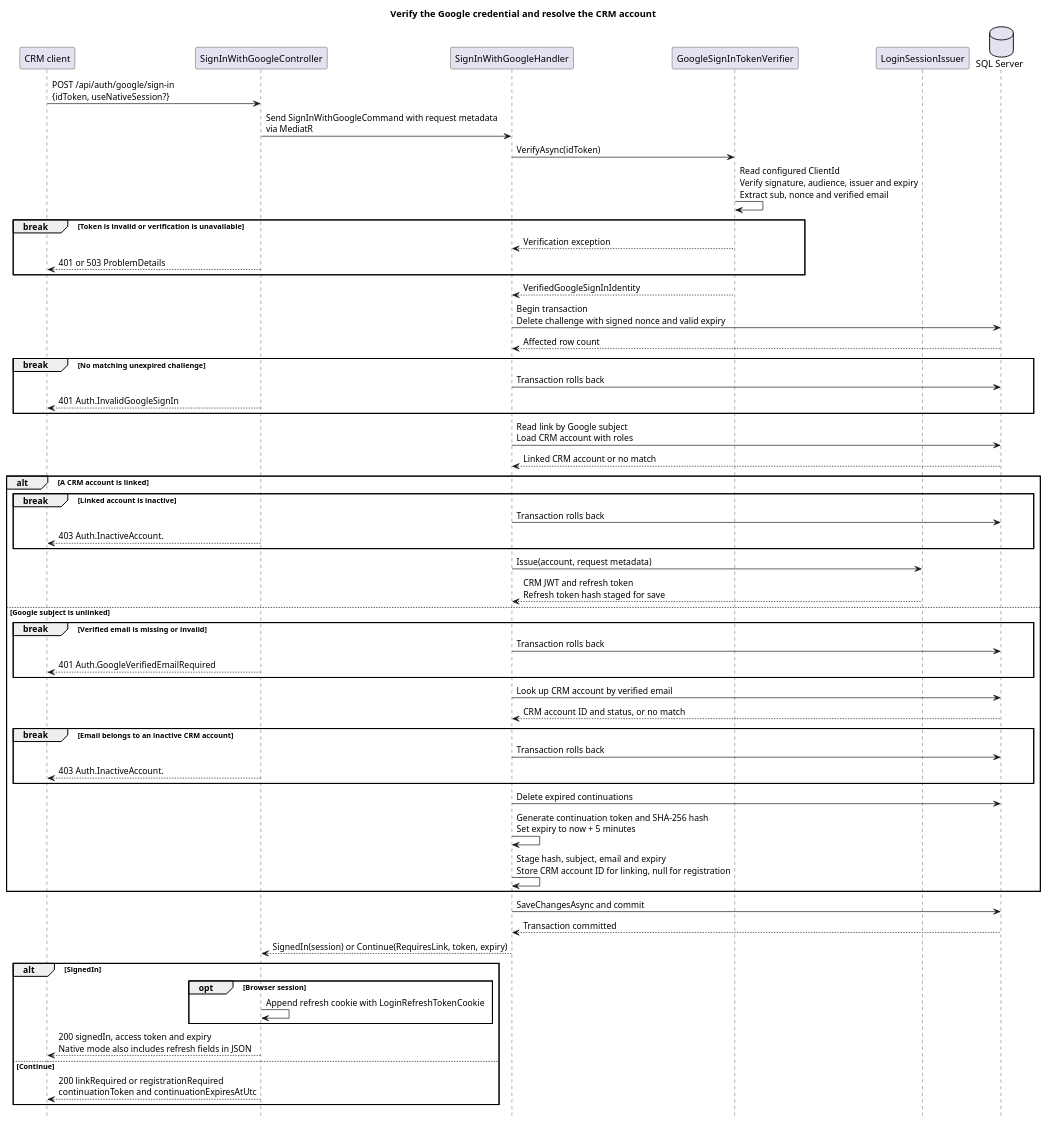
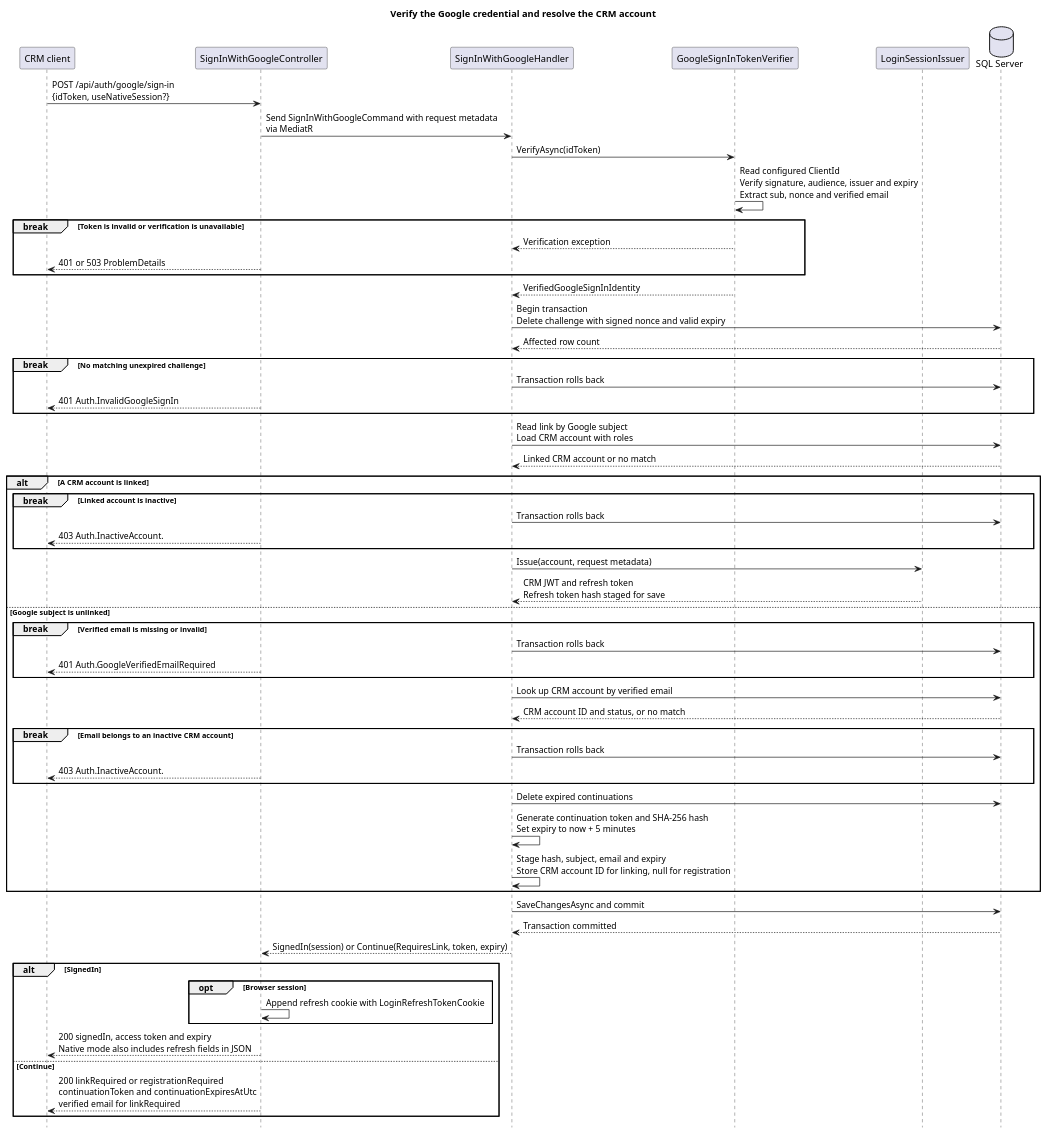
One commit to JStec0312/Tutoring-CRM-System changed the diagram in docs/technical_docs/backend_docs/user_stories/us_073/diagrams/sign-in-with-google.puml. Above: the diagram before and after it, drawn with PlantUML. The commit also changed 15 other files, not shown here.

```diff
--- a/docs/technical_docs/backend_docs/user_stories/us_073/diagrams/sign-in-with-google.puml
+++ b/docs/technical_docs/backend_docs/user_stories/us_073/diagrams/sign-in-with-google.puml
@@ -1,62 +1,62 @@
 @startuml sign-in-with-google
 title Verify the Google credential and resolve the CRM account
 hide footbox
 
 participant "CRM client" as Client
 participant SignInWithGoogleController as Controller
 participant SignInWithGoogleHandler as Handler
 participant GoogleSignInTokenVerifier as Verifier
 participant LoginSessionIssuer as Session
 database "SQL Server" as Database
 
 Client -> Controller: POST /api/auth/google/sign-in\n{idToken, useNativeSession?}
 Controller -> Handler: Send SignInWithGoogleCommand with request metadata\nvia MediatR
 Handler -> Verifier: VerifyAsync(idToken)
 Verifier -> Verifier: Read configured ClientId\nVerify signature, audience, issuer and expiry\nExtract sub, nonce and verified email
 break Token is invalid or verification is unavailable
     Verifier --> Handler: Verification exception
     Controller --> Client: 401 or 503 ProblemDetails
 end
 Verifier --> Handler: VerifiedGoogleSignInIdentity
 Handler -> Database: Begin transaction\nDelete challenge with signed nonce and valid expiry
 Database --> Handler: Affected row count
 break No matching unexpired challenge
     Handler -> Database: Transaction rolls back
     Controller --> Client: 401 Auth.InvalidGoogleSignIn
 end
 Handler -> Database: Read link by Google subject\nLoad CRM account with roles
 Database --> Handler: Linked CRM account or no match
 alt A CRM account is linked
     break Linked account is inactive
         Handler -> Database: Transaction rolls back
         Controller --> Client: 403 Auth.InactiveAccount.
     end
     Handler -> Session: Issue(account, request metadata)
     Session --> Handler: CRM JWT and refresh token\nRefresh token hash staged for save
 else Google subject is unlinked
     break Verified email is missing or invalid
         Handler -> Database: Transaction rolls back
         Controller --> Client: 401 Auth.GoogleVerifiedEmailRequired
     end
     Handler -> Database: Look up CRM account by verified email
     Database --> Handler: CRM account ID and status, or no match
     break Email belongs to an inactive CRM account
         Handler -> Database: Transaction rolls back
         Controller --> Client: 403 Auth.InactiveAccount.
     end
     Handler -> Database: Delete expired continuations
     Handler -> Handler: Generate continuation token and SHA-256 hash\nSet expiry to now + 5 minutes
     Handler -> Handler: Stage hash, subject, email and expiry\nStore CRM account ID for linking, null for registration
 end
 Handler -> Database: SaveChangesAsync and commit
 Database --> Handler: Transaction committed
 Handler --> Controller: SignedIn(session) or Continue(RequiresLink, token, expiry)
 alt SignedIn
     opt Browser session
         Controller -> Controller: Append refresh cookie with LoginRefreshTokenCookie
     end
     Controller --> Client: 200 signedIn, access token and expiry\nNative mode also includes refresh fields in JSON
 else Continue
-    Controller --> Client: 200 linkRequired or registrationRequired\ncontinuationToken and continuationExpiresAtUtc
+    Controller --> Client: 200 linkRequired or registrationRequired\ncontinuationToken and continuationExpiresAtUtc\nverified email for linkRequired
 end
 @enduml
```
